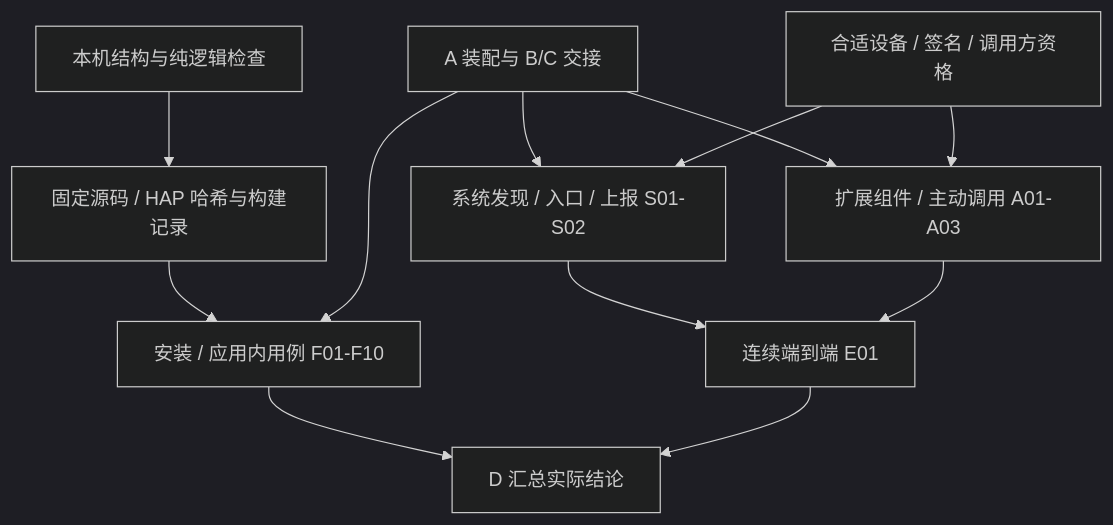
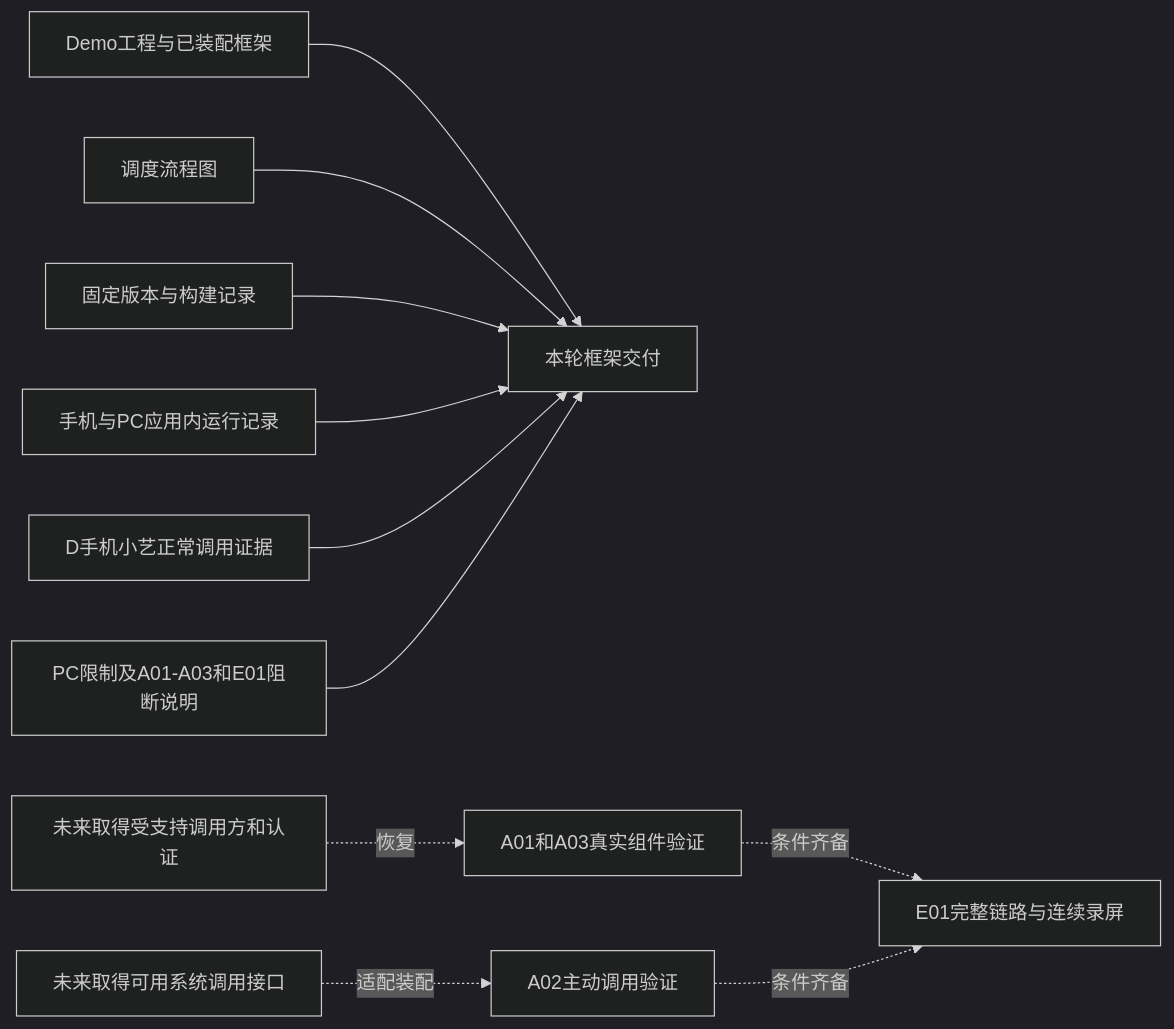
One commit to yaorz26/skill-for-harmony-G1-M1 changed the fourth of 4 diagrams in docs/architecture.md. Above: the diagram before and after it, drawn with Mermaid (dark theme). The commit also changed other lines of this file and 123 other files, not shown here.

````diff
--- a/docs/architecture.md
+++ b/docs/architecture.md
@@ -67,14 +74,13 @@
 ```mermaid
-flowchart TD
-    H[本机结构与纯逻辑检查] --> B[固定源码 / HAP 哈希与构建记录]
-    B --> I[安装 / 应用内用例 F01-F10]
-    A[A 装配与 B/C 交接] --> I
-    A --> S[系统发现 / 入口 / 上报 S01-S02]
-    A --> E[扩展组件 / 主动调用 A01-A03]
-    Device[合适设备 / 签名 / 调用方资格] --> S
-    Device --> E
-    S --> End[连续端到端 E01]
-    E --> End
-    I --> Report[D 汇总实际结论]
-    End --> Report
+flowchart LR
+    Framework[Demo工程与已装配框架] --> Package[本轮框架交付]
+    Graph[调度流程图] --> Package
+    Build[固定版本与构建记录] --> Package
+    InApp[手机与PC应用内运行记录] --> Package
+    Phone[D手机小艺正常调用证据] --> Package
+    Limits[PC限制及A01-A03和E01阻断说明] --> Package
+    Caller[未来取得受支持调用方和认证] -.恢复.-> Component[A01和A03真实组件验证]
+    API[未来取得可用系统调用接口] -.适配装配.-> Invoke[A02主动调用验证]
+    Component -.条件齐备.-> End[E01完整链路与连续录屏]
+    Invoke -.条件齐备.-> End
 ```
````
